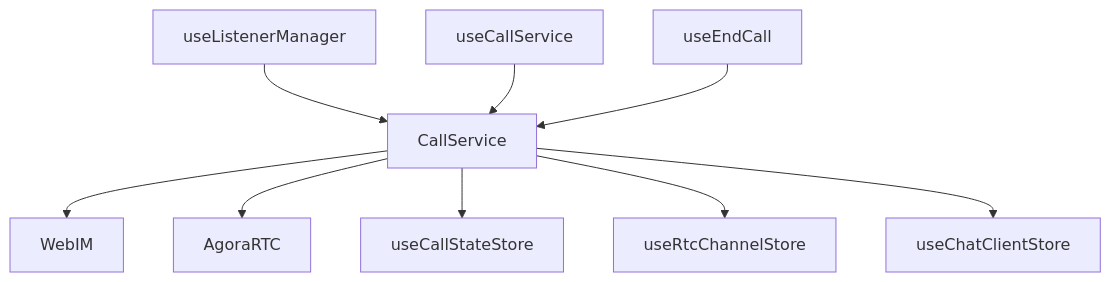
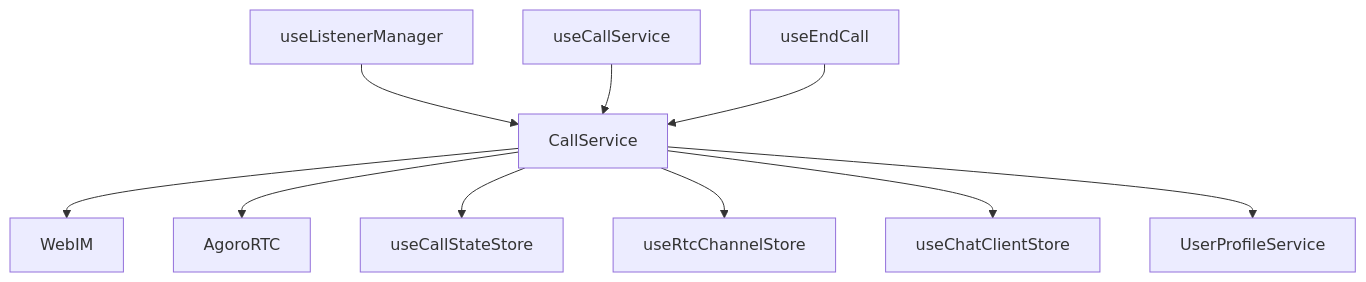
One commit to Easemob-Community/easemob-uikit-callkit-vue3 changed the ninth of 9 diagrams in .qoder/repowiki/zh/content/服务层/通话服务 (CallService).md. Above: the diagram before and after it, drawn with Mermaid. The commit also changed other lines of this file and 15 other files, not shown here.

````diff
--- a/.qoder/repowiki/zh/content/服务层/通话服务 (CallService).md
+++ b/.qoder/repowiki/zh/content/服务层/通话服务 (CallService).md
@@ -422,11 +489,12 @@
 ```mermaid
 graph TB
 CS["CallService"] --> IM["WebIM"]
-CS --> AG["AgoraRTC"]
+CS --> AG["AgoroRTC"]
 CS --> CSS["useCallStateStore"]
 CS --> RCS["useRtcChannelStore"]
 CS --> CCS["useChatClientStore"]
+CS --> UPS["UserProfileService"]
 ULM["useListenerManager"] --> CS
 UCS["useCallService"] --> CS
 UEC["useEndCall"] --> CS
 ```
````
